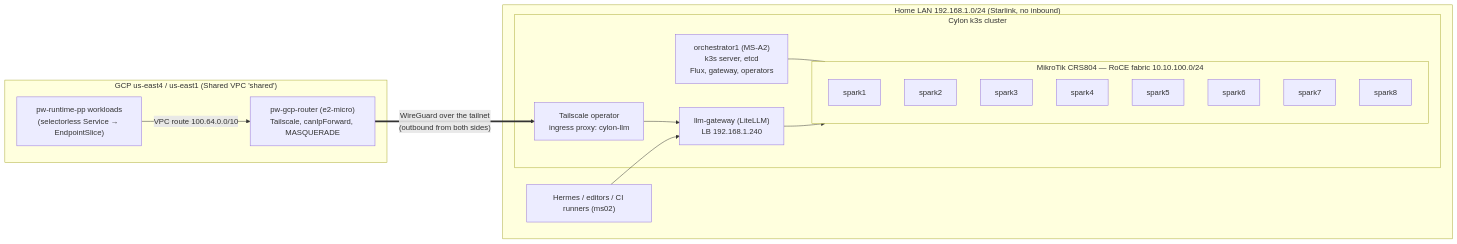
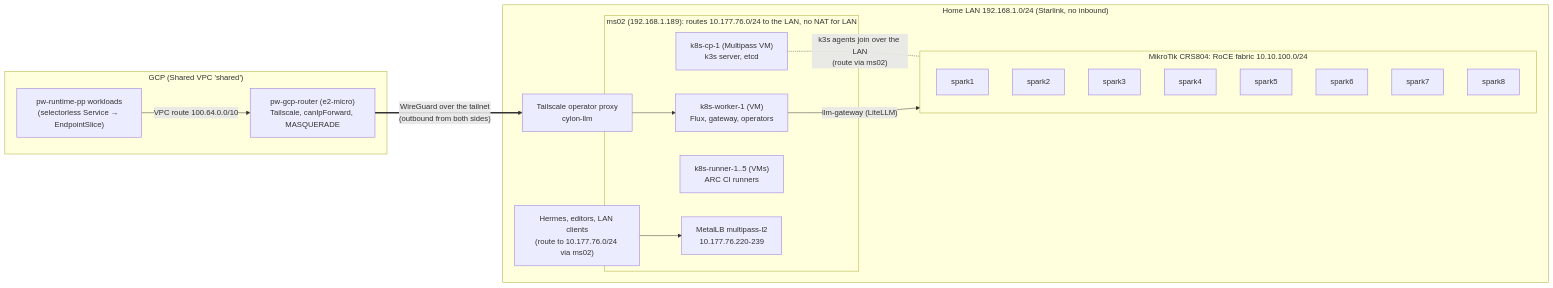
One commit to microscaler/cylon-local-infra changed the first of 2 diagrams in docs/DESIGN-vllm-kubernetes-cluster.md. Above: the diagram before and after it, drawn with Mermaid. The commit also changed other lines of this file, not shown here.

First line of the commit message:
docs: Cylon design — the Sparks join the ms02 k3s cluster (no MS-A2)

````diff
--- a/docs/DESIGN-vllm-kubernetes-cluster.md
+++ b/docs/DESIGN-vllm-kubernetes-cluster.md
@@ -95,24 +97,25 @@
 ```mermaid
 flowchart LR
   subgraph home["Home LAN 192.168.1.0/24 (Starlink, no inbound)"]
-    subgraph cylon["Cylon k3s cluster"]
-      cp["orchestrator1 (MS-A2)\nk3s server, etcd\nFlux, gateway, operators"]
-      subgraph fabric["MikroTik CRS804 — RoCE fabric 10.10.100.0/24"]
-        s1["spark1"]; s2["spark2"]; s3["spark3"]; s4["spark4"]
-        s5["spark5"]; s6["spark6"]; s7["spark7"]; s8["spark8"]
-      end
-      gw["llm-gateway (LiteLLM)\nLB 192.168.1.240"]
-      ts["Tailscale operator\ningress proxy: cylon-llm"]
-      cp --- fabric
-      gw --> fabric
-      ts --> gw
+    subgraph ms02["ms02 (192.168.1.189): routes 10.177.76.0/24 to the LAN, no NAT for LAN"]
+      cp["k8s-cp-1 (Multipass VM)\nk3s server, etcd"]
+      w["k8s-worker-1 (VM)\nFlux, gateway, operators"]
+      arc["k8s-runner-1..5 (VMs)\nARC CI runners"]
+      lb["MetalLB multipass-l2\n10.177.76.220-239"]
     end
-    hermes["Hermes / editors / CI runners (ms02)"] --> gw
+    subgraph fabric["MikroTik CRS804: RoCE fabric 10.10.100.0/24"]
+      s1["spark1"]; s2["spark2"]; s3["spark3"]; s4["spark4"]
+      s5["spark5"]; s6["spark6"]; s7["spark7"]; s8["spark8"]
+    end
+    cp -. "k3s agents join over the LAN\n(route via ms02)" .- fabric
+    w -->|"llm-gateway (LiteLLM)"| fabric
+    hermes["Hermes, editors, LAN clients\n(route to 10.177.76.0/24 via ms02)"] --> lb
+    ts["Tailscale operator proxy\ncylon-llm"] --> w
   end
-  subgraph gcp["GCP us-east4 / us-east1 (Shared VPC 'shared')"]
+  subgraph gcp["GCP (Shared VPC 'shared')"]
     pp["pw-runtime-pp workloads\n(selectorless Service → EndpointSlice)"]
     router["pw-gcp-router (e2-micro)\nTailscale, canIpForward, MASQUERADE"]
     pp -- "VPC route 100.64.0.0/10" --> router
   end
   router == "WireGuard over the tailnet\n(outbound from both sides)" ==> ts
 ```
````
